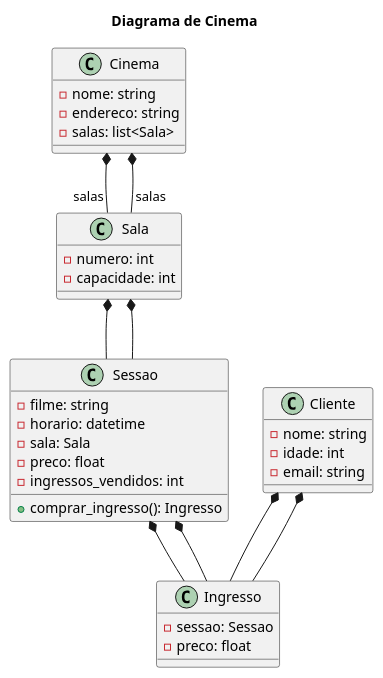
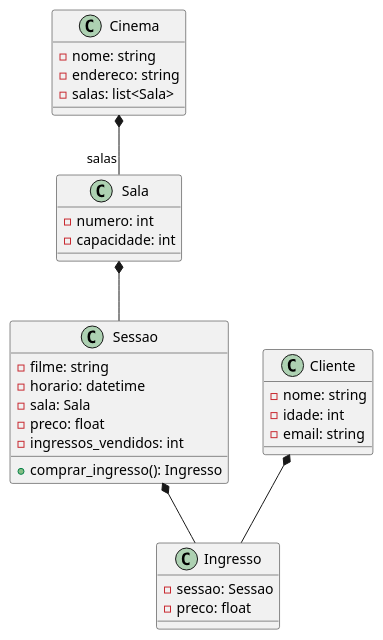
One commit to anleaes/2023-1-N1-POO-03 changed the diagram in diagrama_cinema.plantuml. Above: the diagram before and after it, drawn with PlantUML.

```diff
--- a/diagrama_cinema.plantuml
+++ b/diagrama_cinema.plantuml
@@ -1,51 +1,44 @@
-@startuml diagrama_cinema
-
-title Diagrama de Cinema
+@startuml diagrama_Cinema
 
 class Cinema 
 {
     - nome: string
     - endereco: string
     - salas: list<Sala>
 }
 
-class Sala 
+class Sala
 {
     - numero: int
     - capacidade: int
 }
 
 class Sessao 
 {
     - filme: string
     - horario: datetime
     - sala: Sala
     - preco: float
     - ingressos_vendidos: int
     + comprar_ingresso(): Ingresso
 }
 
 class Ingresso 
 {
     - sessao: Sessao
     - preco: float
 }
 
 class Cliente 
 {
     - nome: string
     - idade: int
     - email: string
 }
 
 Cinema *-- "salas" Sala
 Sala *-- Sessao
 Sessao *-- Ingresso
 Cliente *-- Ingresso
 
-Cinema *-- "salas" Sala
-Sala *-- Sessao
-Sessao *-- Ingresso
-Cliente *-- Ingresso
-
 @enduml
```
